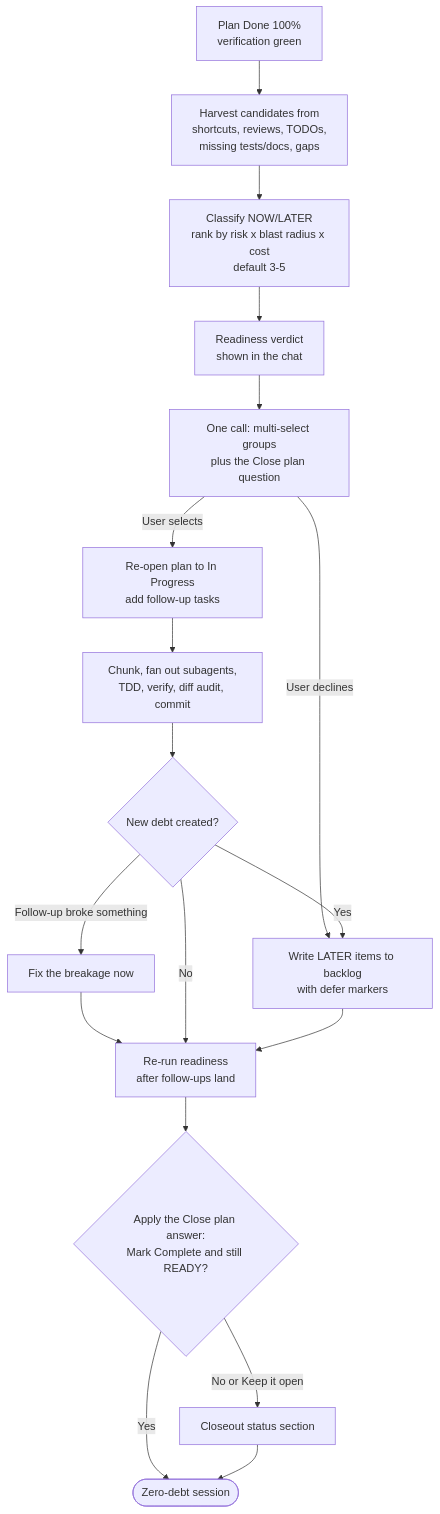
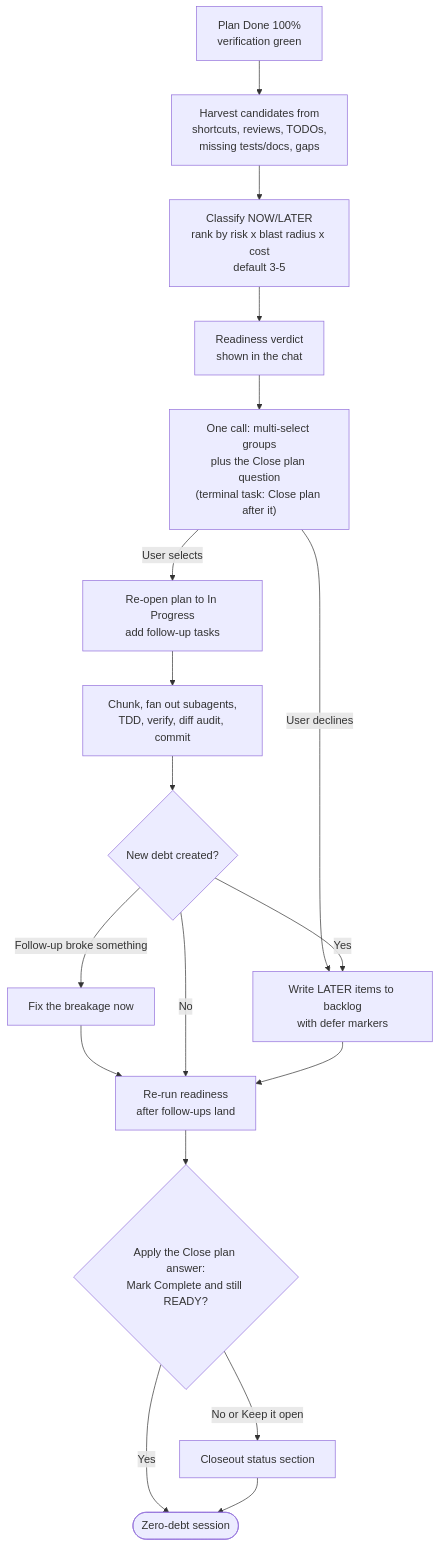
The diagram in templates/follow-up-injection-template.md (belajarcarabelajar/vivera), drawn with Mermaid before and after one commit. The commit also changed 2 other files, not shown here.

Commit message:
sucp: follow-up template diagram and fresh skip_if for the terminal task (review round 2)

````diff
--- a/templates/follow-up-injection-template.md
+++ b/templates/follow-up-injection-template.md
@@ -92,22 +92,22 @@
 ```mermaid
 flowchart TD
     accTitle: Debt sweep cycle for a finished plan
-    accDescr: Harvest debt candidates, classify and rank them, inject one question-tool call of multi-select groups together with the Close plan question, execute the selected items through the full pipeline, then re-sweep once and write any new debt they created to the backlog. The readiness verdict then drives the Close plan gate, which marks the plan Complete or records a closeout status section.
+    accDescr: Harvest debt candidates, classify and rank them, inject one question-tool call of multi-select groups together with the Close plan question (with a terminal task, Close plan is its own call after that task), execute the selected items through the full pipeline, then re-sweep once and write any new debt they created to the backlog. The readiness verdict then drives the Close plan gate, which marks the plan Complete or records a closeout status section.
     Gate["Plan Done 100%\nverification green"] --> Harvest["Harvest candidates from\nshortcuts, reviews, TODOs,\nmissing tests/docs, gaps"]
     Harvest --> Rank["Classify NOW/LATER\nrank by risk x blast radius x cost\ndefault 3-5"]
     Rank --> First["Readiness verdict\nshown in the chat"]
-    First --> Ask["One call: multi-select groups\nplus the Close plan question"]
+    First --> Ask["One call: multi-select groups\nplus the Close plan question\n(terminal task: Close plan after it)"]
     Ask -->|"User selects"| Reopen["Re-open plan to In Progress\nadd follow-up tasks"]
     Ask -->|"User declines"| Backlog["Write LATER items to backlog\nwith defer markers"]
     Reopen --> Exec["Chunk, fan out subagents,\nTDD, verify, diff audit, commit"]
     Exec --> Check{"New debt created?"}
     Check -->|"Yes"| Backlog
     Check -->|"Follow-up broke something"| Fix["Fix the breakage now"]
     Fix --> Ready
     Check -->|"No"| Ready["Re-run readiness\nafter follow-ups land"]
     Backlog --> Ready
     Ready --> Gate2{"Apply the Close plan answer:\nMark Complete and still READY?"}
     Gate2 -->|"Yes"| Close(["Zero-debt session"])
     Gate2 -->|"No or Keep it open"| Status["Closeout status section"]
     Status --> Close
 ```
````
